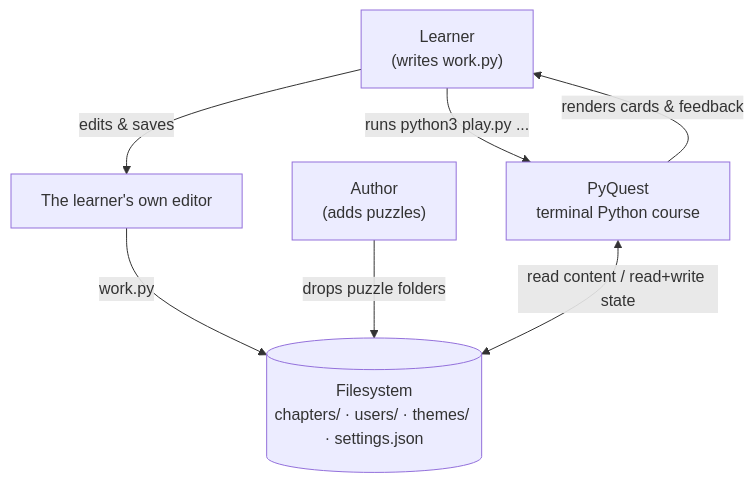
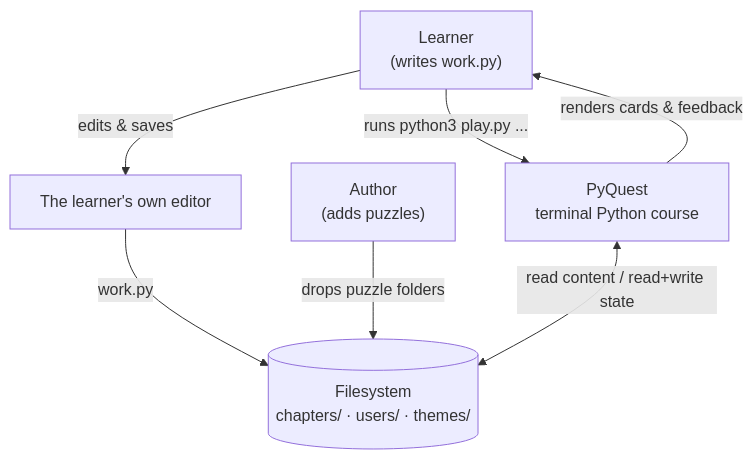
Before and after one commit to N041M/PyQuest: the first of 12 diagrams in docs/architecture/README.md, drawn with Mermaid. The commit also changed other lines of this file and 10 other files, not shown here.

````diff
--- a/docs/architecture/README.md
+++ b/docs/architecture/README.md
@@ -28,15 +28,15 @@
 ```mermaid
 flowchart TB
     learner["Learner<br/>(writes work.py)"]
     author["Author<br/>(adds puzzles)"]
     pq["PyQuest<br/>terminal Python course"]
-    fs[("Filesystem<br/>chapters/ · users/ · themes/ · settings.json")]
+    fs[("Filesystem<br/>chapters/ · users/ · themes/")]
     editor["The learner's own editor"]
 
     learner -->|"runs python3 play.py ..."| pq
     learner -->|edits & saves| editor
     editor -->|work.py| fs
     author -->|"drops puzzle folders"| fs
     pq <-->|read content / read+write state| fs
     pq -->|"renders cards & feedback"| learner
 ```
````
